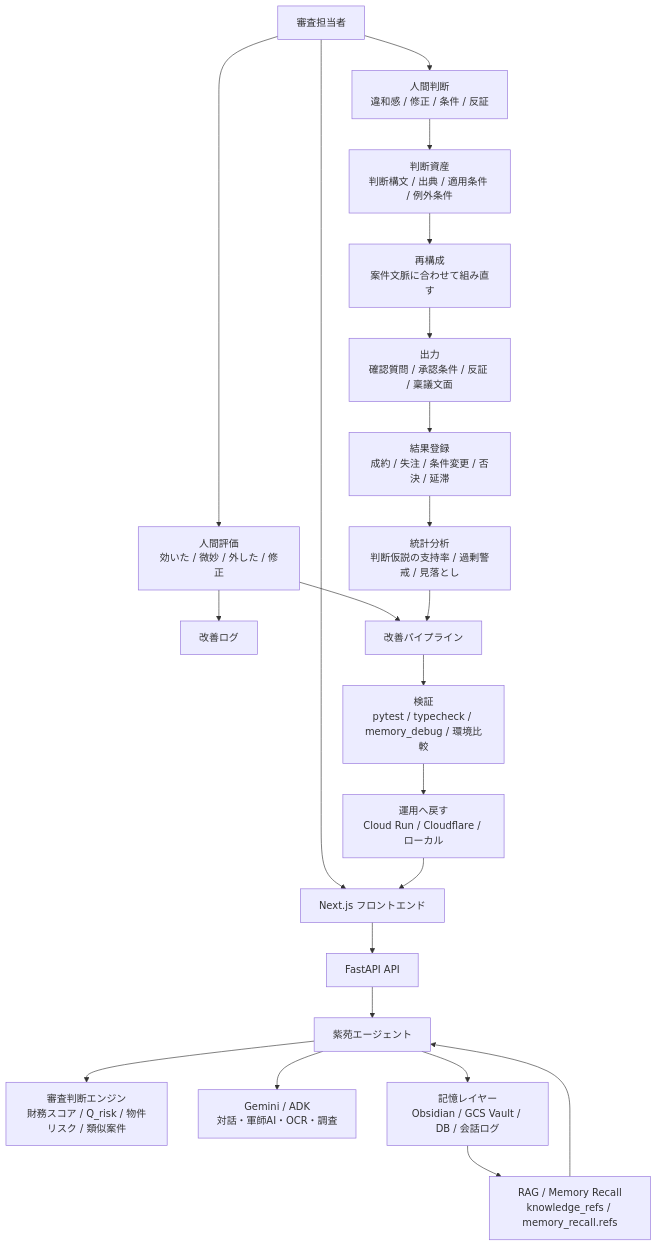
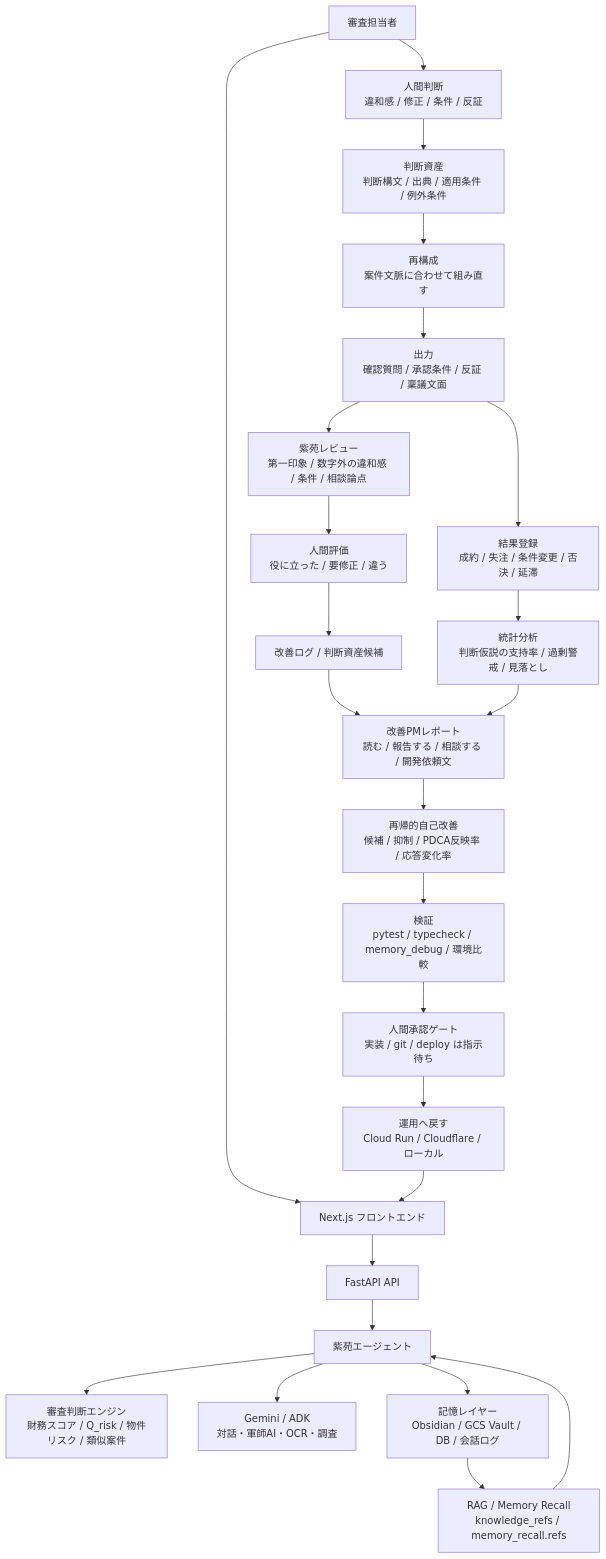
The first of 2 diagrams in planning/shion_system_pitch_onepage.md (tune-77/tune_lease_55), drawn with Mermaid before and after one commit. The commit also changed other lines of this file and 30 other files, not shown here.

````diff
--- a/planning/shion_system_pitch_onepage.md
+++ b/planning/shion_system_pitch_onepage.md
@@ -25,32 +42,35 @@
 ```mermaid
 flowchart TD
     User["審査担当者"] --> FE["Next.js フロントエンド"]
     FE --> API["FastAPI API"]
     API --> Shion["紫苑エージェント"]
 
     Shion --> Score["審査判断エンジン<br/>財務スコア / Q_risk / 物件リスク / 類似案件"]
     Shion --> LLM["Gemini / ADK<br/>対話・軍師AI・OCR・調査"]
     Shion --> Memory["記憶レイヤー<br/>Obsidian / GCS Vault / DB / 会話ログ"]
 
     Memory --> RAG["RAG / Memory Recall<br/>knowledge_refs / memory_recall.refs"]
     RAG --> Shion
 
     User --> Judgment["人間判断<br/>違和感 / 修正 / 条件 / 反証"]
     Judgment --> Asset["判断資産<br/>判断構文 / 出典 / 適用条件 / 例外条件"]
 
     Asset --> Recompose["再構成<br/>案件文脈に合わせて組み直す"]
     Recompose --> Output["出力<br/>確認質問 / 承認条件 / 反証 / 稟議文面"]
 
-    User --> Feedback["人間評価<br/>効いた / 微妙 / 外した / 修正"]
-    Feedback --> ImproveLog["改善ログ"]
+    Output --> ShionReview["紫苑レビュー<br/>第一印象 / 数字外の違和感 / 条件 / 相談論点"]
+    ShionReview --> HumanFeedback["人間評価<br/>役に立った / 要修正 / 違う"]
+    HumanFeedback --> ImproveLog["改善ログ / 判断資産候補"]
 
     Output --> Result["結果登録<br/>成約 / 失注 / 条件変更 / 否決 / 延滞"]
     Result --> Analysis["統計分析<br/>判断仮説の支持率 / 過剰警戒 / 見落とし"]
 
-    Feedback --> Pipeline["改善パイプライン"]
-    Analysis --> Pipeline
+    ImproveLog --> PM["改善PMレポート<br/>読む / 報告する / 相談する / 開発依頼文"]
+    Analysis --> PM
 
-    Pipeline --> Verify["検証<br/>pytest / typecheck / memory_debug / 環境比較"]
-    Verify --> Deploy["運用へ戻す<br/>Cloud Run / Cloudflare / ローカル"]
-    Deploy --> FE
+    PM --> Recursive["再帰的自己改善<br/>候補 / 抑制 / PDCA反映率 / 応答変化率"]
+    Recursive --> Verify["検証<br/>pytest / typecheck / memory_debug / 環境比較"]
+    Verify --> HumanGate["人間承認ゲート<br/>実装 / git / deploy は指示待ち"]
+    HumanGate --> Runtime["運用へ戻す<br/>Cloud Run / Cloudflare / ローカル"]
+    Runtime --> FE
 ```
````
